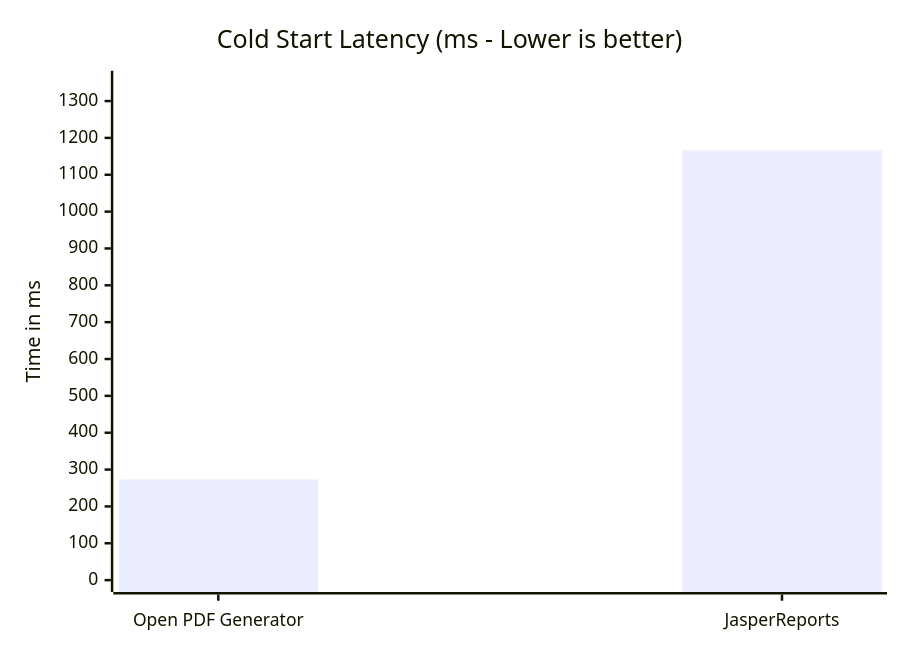
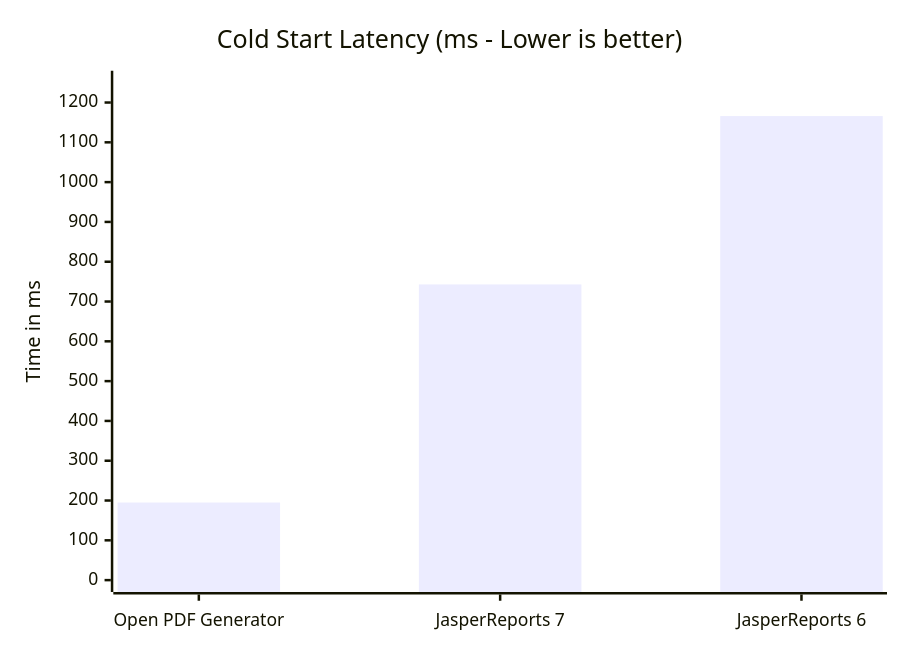
One commit to adilsoncruz/open-pdf-generator changed the third of 3 diagrams in docs/lib/benchmark.md. Above: the diagram before and after it, drawn with Mermaid. The commit also changed other lines of this file, not shown here.

````diff
--- a/docs/lib/benchmark.md
+++ b/docs/lib/benchmark.md
@@ -106,7 +106,7 @@
 ```mermaid
 xychart-beta
     title "Cold Start Latency (ms - Lower is better)"
-    x-axis ["Open PDF Generator", "JasperReports"]
-    y-axis "Time in ms" 0 --> 1350
-    bar [273, 1166]
+    x-axis ["Open PDF Generator", "JasperReports 7", "JasperReports 6"]
+    y-axis "Time in ms" 0 --> 1250
+    bar [195, 743, 1166]
 ```
````
